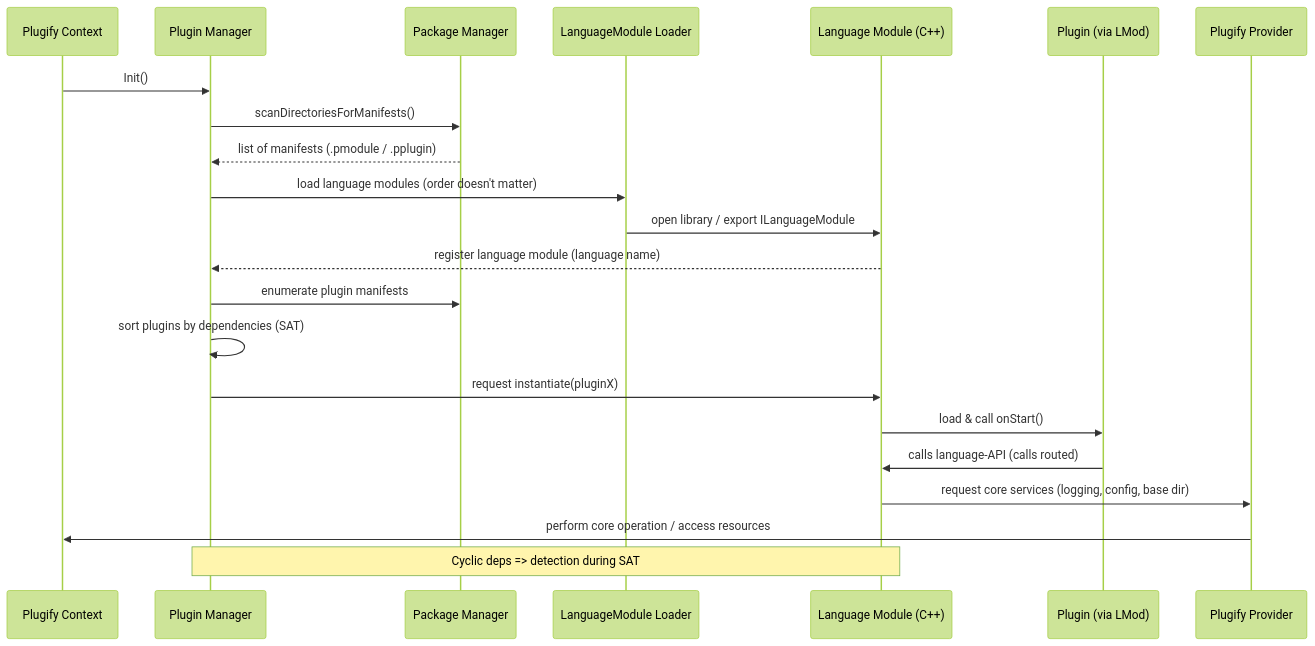
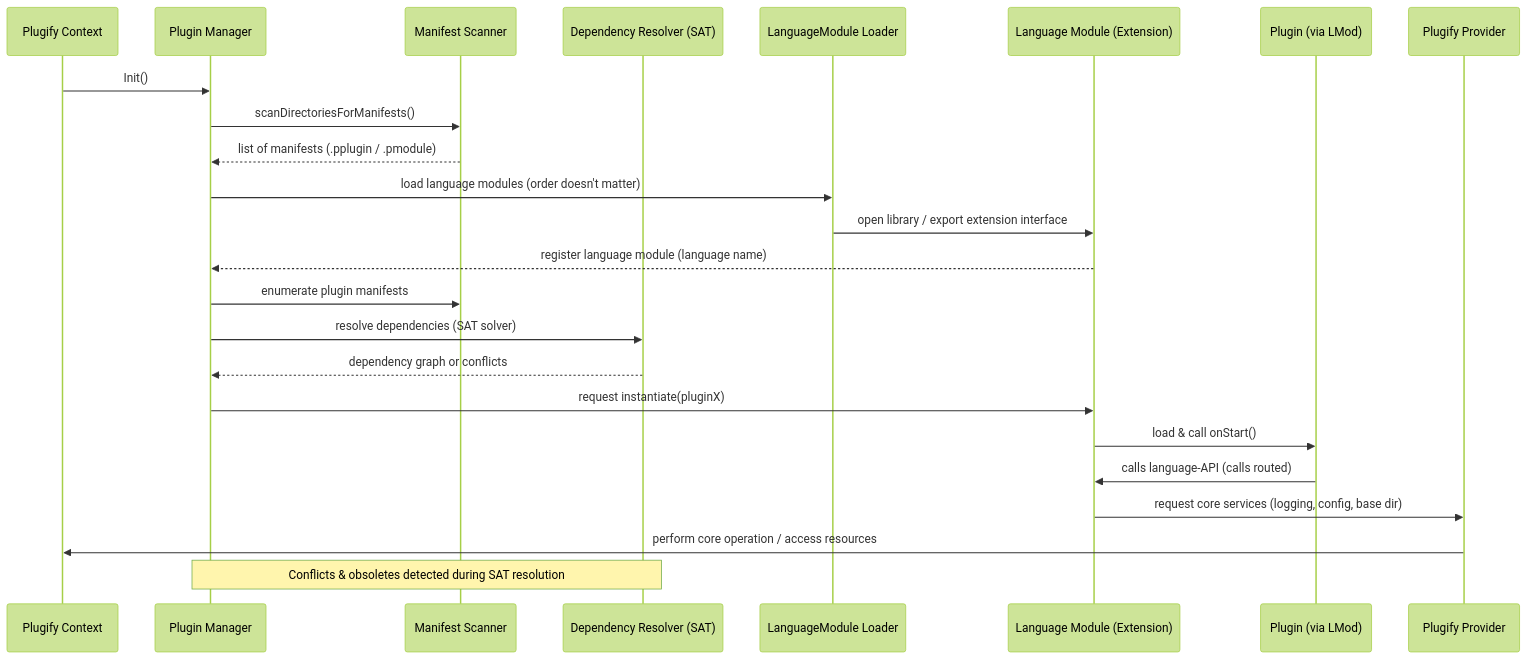
The second of 3 diagrams in content/1.introduction/4.architecture.md (untrustedmodders/untrustedmodders.github.io), drawn with Mermaid (forest theme) before and after one commit. The commit also changed other lines of this file and 1 other file, not shown here.

````diff
--- a/content/1.introduction/4.architecture.md
+++ b/content/1.introduction/4.architecture.md
@@ -45,25 +60,27 @@
 ```mermaid
 sequenceDiagram
   participant Context as Plugify Context
   participant PluginMgr as Plugin Manager
-  participant PkgMgr as Package Manager
+  participant Scanner as Manifest Scanner
+  participant Resolver as Dependency Resolver (SAT)
   participant LMLoader as LanguageModule Loader
-  participant LMod as Language Module (C++)
+  participant LMod as Language Module (Extension)
   participant Plugin as Plugin (via LMod)
   participant Provider as Plugify Provider
 
   Context->>PluginMgr: Init()
-  PluginMgr->>PkgMgr: scanDirectoriesForManifests()
-  PkgMgr-->>PluginMgr: list of manifests (.pmodule / .pplugin)
+  PluginMgr->>Scanner: scanDirectoriesForManifests()
+  Scanner-->>PluginMgr: list of manifests (.pplugin / .pmodule)
   PluginMgr->>LMLoader: load language modules (order doesn't matter)
-  LMLoader->>LMod: open library / export ILanguageModule
+  LMLoader->>LMod: open library / export extension interface
   LMod-->>PluginMgr: register language module (language name)
-  PluginMgr->>PkgMgr: enumerate plugin manifests
-  PluginMgr->>PluginMgr: sort plugins by dependencies (SAT)
+  PluginMgr->>Scanner: enumerate plugin manifests
+  PluginMgr->>Resolver: resolve dependencies (SAT solver)
+  Resolver-->>PluginMgr: dependency graph or conflicts
   PluginMgr->>LMod: request instantiate(pluginX)
   LMod->>Plugin: load & call onStart()
   Plugin->>LMod: calls language-API (calls routed)
   LMod->>Provider: request core services (logging, config, base dir)
   Provider->>Context: perform core operation / access resources
-  Note over PluginMgr,LMod: Cyclic deps => detection during SAT;
+  Note over PluginMgr,Resolver: Conflicts & obsoletes detected during SAT resolution
 ```
````
